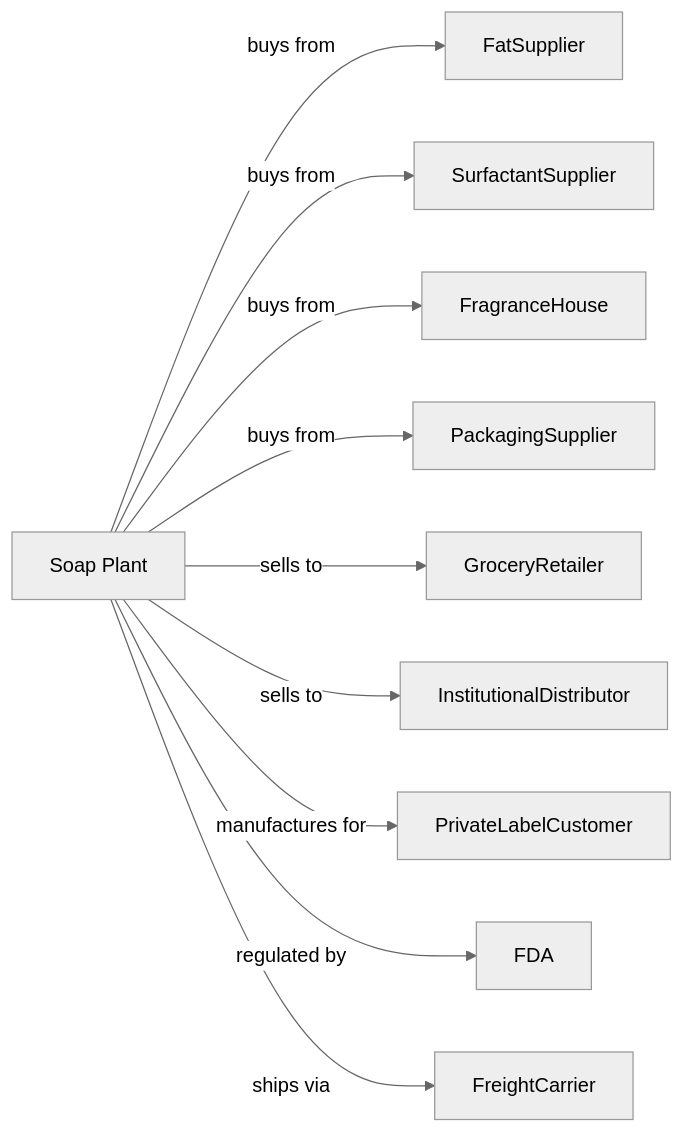
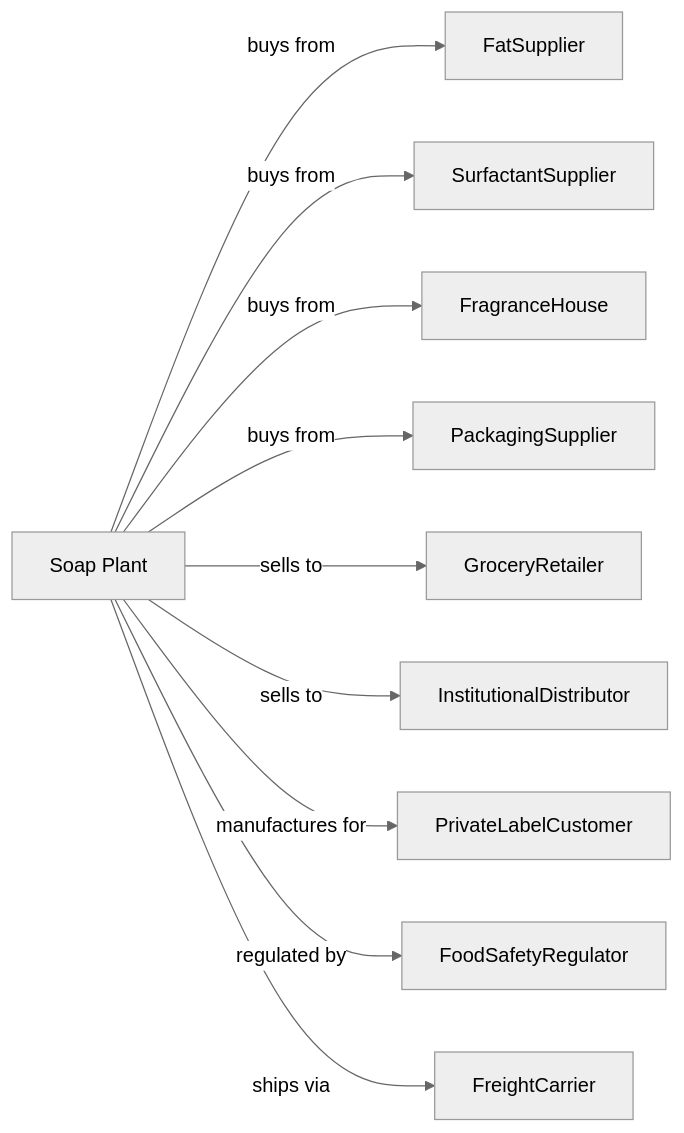
Before and after one commit to dot-org-ai/industries.org.ai: the second of 2 diagrams in Manufacturing/ChemicalManufacturing/SoapCleaningCompoundAndToiletPreparationManufacturing/SoapAndOtherDetergentManufacturing.mdx, drawn with Mermaid (neutral theme). The commit also changed other lines of this file and 588 other files, not shown here.

````diff
--- a/Manufacturing/ChemicalManufacturing/SoapCleaningCompoundAndToiletPreparationManufacturing/SoapAndOtherDetergentManufacturing.mdx
+++ b/Manufacturing/ChemicalManufacturing/SoapCleaningCompoundAndToiletPreparationManufacturing/SoapAndOtherDetergentManufacturing.mdx
@@ -135,14 +135,14 @@
 ```mermaid
 graph LR
     S[Soap Plant]
 
     S -->|buys from| FatSupplier
     S -->|buys from| SurfactantSupplier
     S -->|buys from| FragranceHouse
     S -->|buys from| PackagingSupplier
     S -->|sells to| GroceryRetailer
     S -->|sells to| InstitutionalDistributor
     S -->|manufactures for| PrivateLabelCustomer
-    S -->|regulated by| FDA
+    S -->|regulated by| FoodSafetyRegulator
     S -->|ships via| FreightCarrier
 ```
````
